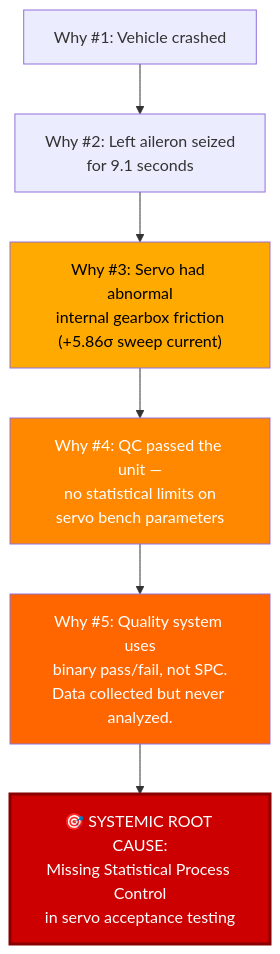
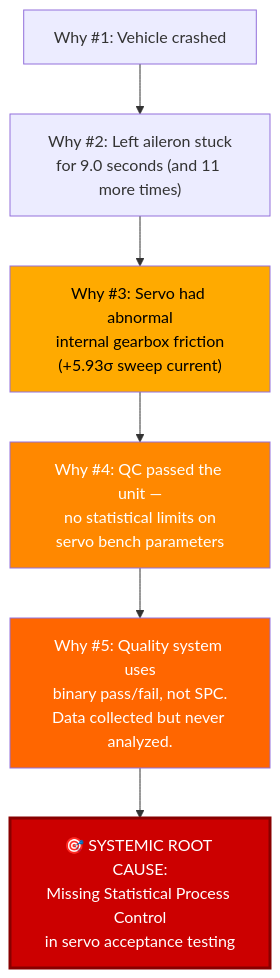
The fourth of 4 diagrams in docs/root_cause_analysis.md (avlukas04/mach-ops-eng-assessment), drawn with Mermaid before and after one commit. The commit also changed other lines of this file and 8 other files, not shown here.

````diff
--- a/docs/root_cause_analysis.md
+++ b/docs/root_cause_analysis.md
@@ -324,13 +328,13 @@
 ```mermaid
 flowchart TD
-    W1["Why #1: Vehicle crashed"] --> W2["Why #2: Left aileron seized<br/>for 9.1 seconds"]
-    W2 --> W3["Why #3: Servo had abnormal<br/>internal gearbox friction<br/>(+5.86σ sweep current)"]
+    W1["Why #1: Vehicle crashed"] --> W2["Why #2: Left aileron stuck<br/>for 9.0 seconds (and 11 more times)"]
+    W2 --> W3["Why #3: Servo had abnormal<br/>internal gearbox friction<br/>(+5.93σ sweep current)"]
     W3 --> W4["Why #4: QC passed the unit —<br/>no statistical limits on<br/>servo bench parameters"]
     W4 --> W5["Why #5: Quality system uses<br/>binary pass/fail, not SPC.<br/>Data collected but never analyzed."]
     W5 --> ROOT["🎯 SYSTEMIC ROOT CAUSE:<br/>Missing Statistical Process Control<br/>in servo acceptance testing"]
 
     style ROOT fill:#cc0000,color:#fff,stroke:#880000,stroke-width:3px
     style W5 fill:#ff6600,color:#fff
     style W4 fill:#ff8800,color:#fff
     style W3 fill:#ffaa00,color:#000
 ```
````
